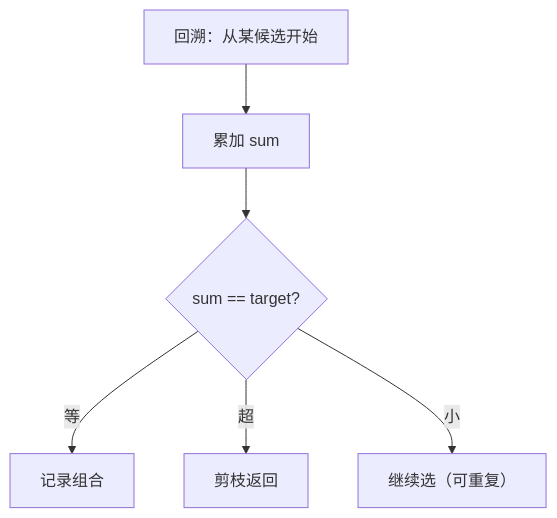
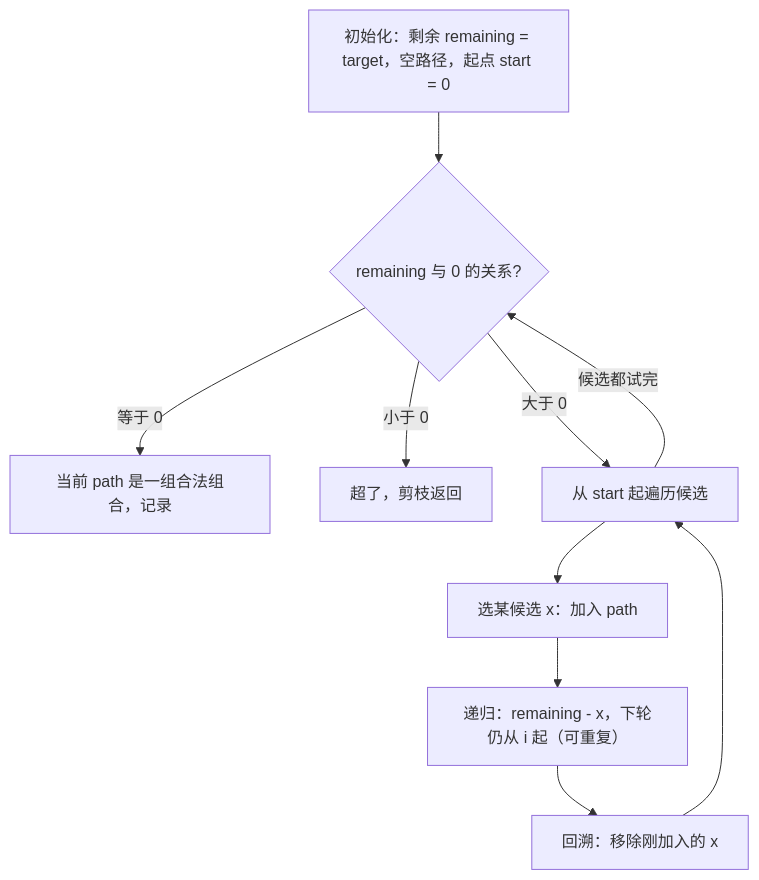
One commit to OctalZero/hot100-py changed the first of 2 diagrams in 11-回溯/0039-组合总和.md. Above: the diagram before and after it, drawn with Mermaid. The commit also changed other lines of this file and 117 other files, not shown here.

First line of the commit message:
feat: 全题解配图升级为「动画式 mermaid」（总览骨架 + 横向时间线逐步推演）

````diff
--- a/11-回溯/0039-组合总和.md
+++ b/11-回溯/0039-组合总和.md
@@ -25,8 +25,12 @@
 ```mermaid
 flowchart TD
-    A["回溯：从某候选开始"] --> B["累加 sum"]
-    B --> C{"sum == target?"}
-    C -- "等" --> D["记录组合"]
-    C -- "超" --> E["剪枝返回"]
-    C -- "小" --> F["继续选（可重复）"]
+    A["初始化：剩余 remaining = target，空路径，起点 start = 0"] --> B{"remaining 与 0 的关系?"}
+    B -->|"等于 0"| G["当前 path 是一组合法组合，记录"]
+    B -->|"小于 0"| H["超了，剪枝返回"]
+    B -->|"大于 0"| C["从 start 起遍历候选"]
+    C --> D["选某候选 x：加入 path"]
+    D --> E["递归：remaining - x，下轮仍从 i 起（可重复）"]
+    E --> F["回溯：移除刚加入的 x"]
+    F --> C
+    C -->|"候选都试完"| B
 ```
````
